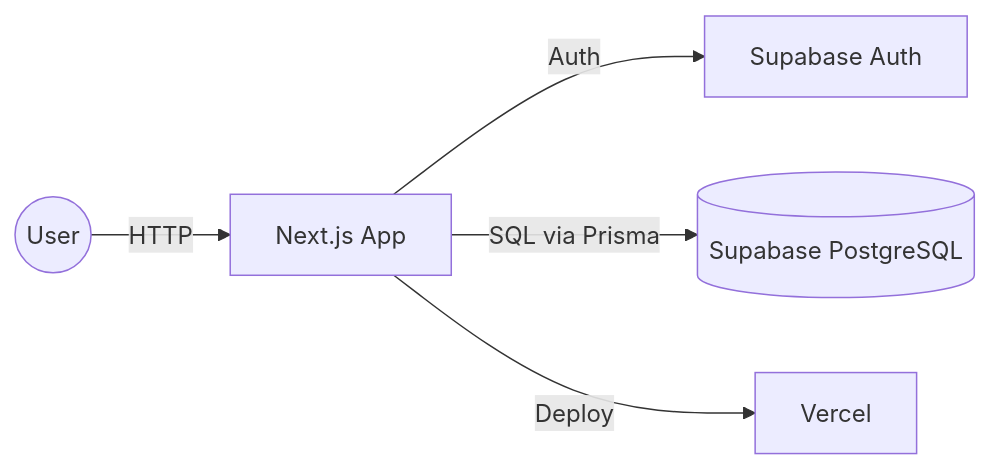
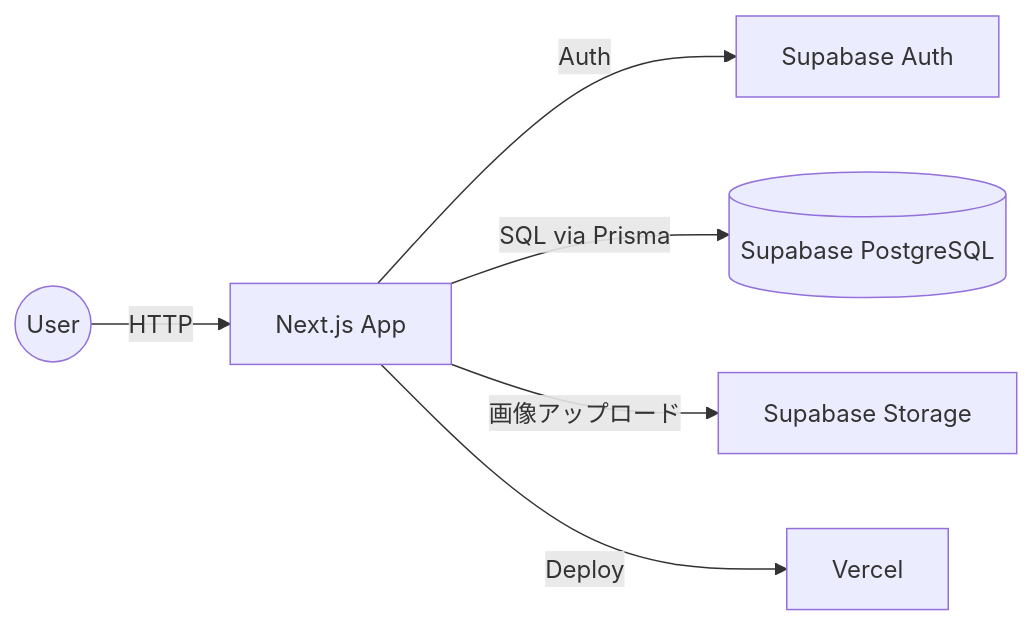
Before and after one commit to mashosokana/sutomemo: the first of 2 diagrams in README.md, drawn with Mermaid. The commit also changed other lines of this file, not shown here.

````diff
--- a/README.md
+++ b/README.md
@@ -64,7 +73,8 @@
 ```mermaid
 flowchart LR
   User((User)) -->|HTTP| Next[Next.js App]
   Next -->|Auth| SupabaseAuth[Supabase Auth]
   Next -->|SQL via Prisma| DB[(Supabase PostgreSQL)]
+  Next -->|画像アップロード| Storage[Supabase Storage]
   Next -->|Deploy| Vercel[Vercel]
 ```
````
